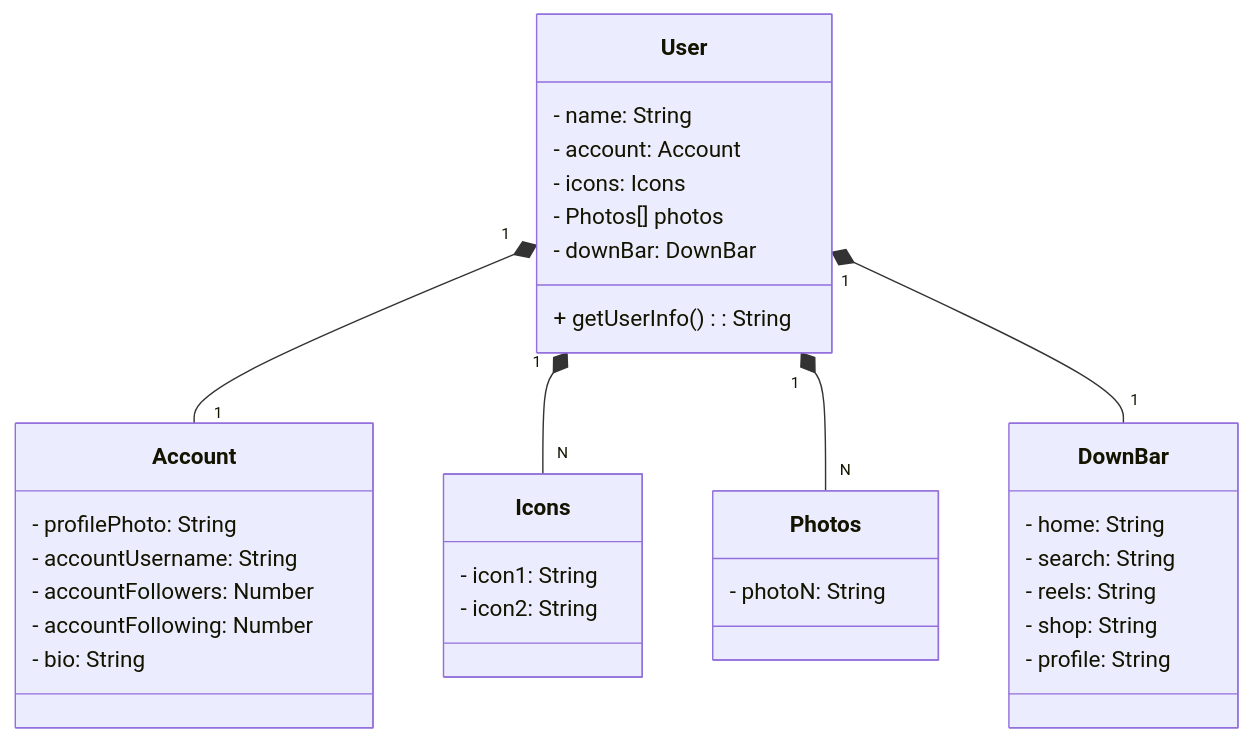
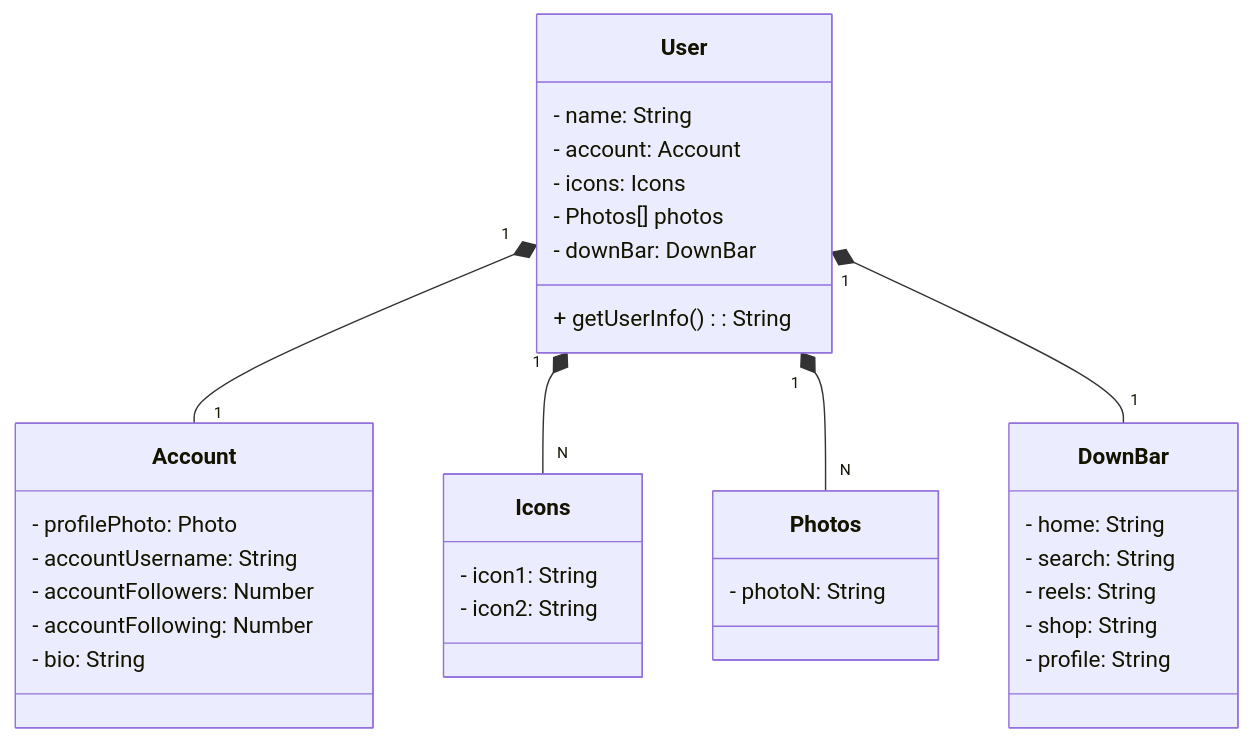
Before and after one commit to JulioErdei/bootcamp-java-trabalhos: the diagram in Projeto API com Spring3/README.md, drawn with Mermaid. The commit also changed 9 other files, not shown here.

````diff
--- a/Projeto API com Spring3/README.md
+++ b/Projeto API com Spring3/README.md
@@ -6,43 +6,43 @@
   ```mermaid
   classDiagram
   class User {
     - name: String
     - account: Account
     - icons: Icons
     - Photos[] photos
     - downBar: DownBar
     
     + getUserInfo(): String
   }
 
   class Account {
-    - profilePhoto: String
+    - profilePhoto: Photo
     - accountUsername: String
     - accountFollowers: Number
     - accountFollowing: Number
     - bio: String
   }
 
   class Icons {
     - icon1: String
     - icon2: String
   }
 
   class Photos {
     - photoN: String
   }
 
   class DownBar {
     - home: String
     - search: String
     - reels: String
     - shop: String
     - profile: String
   }
 
   User "1" *-- "1" Account
   User "1" *-- "N" Icons
   User "1" *-- "N" Photos
   User "1" *-- "1" DownBar
 
   ```
````
